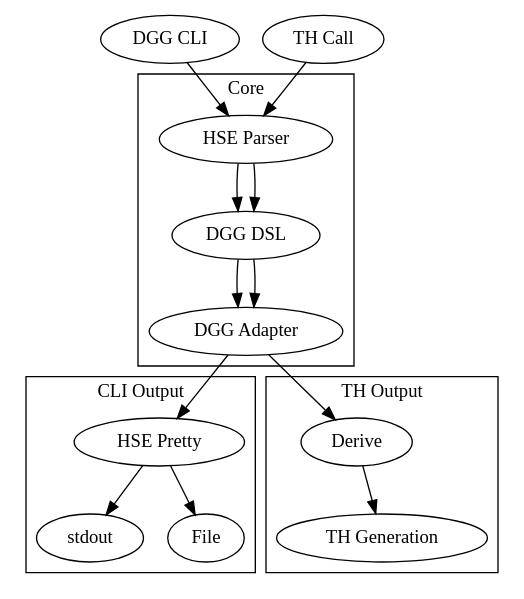
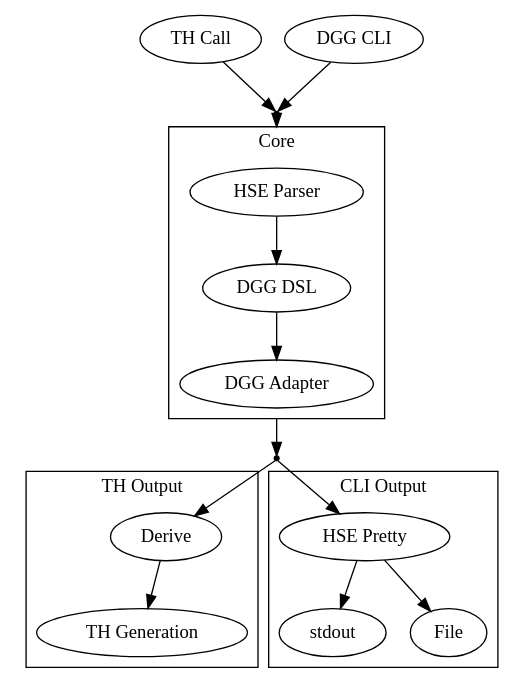
Before and after one commit to norm2782/DGG: the diagram in docs/dgg.dot, drawn with Graphviz.

Commit message:
Tweak dot file to increase understandability

```diff
--- a/docs/dgg.dot
+++ b/docs/dgg.dot
@@ -1,24 +1,30 @@
 digraph G {
-    "DGG CLI" -> "HSE Parser";
-    "TH Call" -> "HSE Parser";
-    
+    compound=true;
+
+    " " [shape=point] 
+    "TH Call" -> " " 
+    "DGG CLI" -> " "
+    " " -> "HSE Parser" [lhead=cluster0];
+
     subgraph cluster0 {
         label = "Core";
         "HSE Parser" -> "DGG DSL";
-        "HSE Parser" -> "DGG DSL";
-        "DGG DSL" -> "DGG Adapter";
         "DGG DSL" -> "DGG Adapter";
     }
+    
+    "  " [shape=point]
+    "DGG Adapter" -> "  " [ltail=cluster0];
+    "  " -> Derive;
+    "  " -> "HSE Pretty";
 
     subgraph cluster1 {
         label = "CLI Output"
-        "DGG Adapter" -> "HSE Pretty";
         "HSE Pretty" -> stdout;
         "HSE Pretty" -> File;
     }
 
     subgraph cluster2 {
         label = "TH Output"
-        "DGG Adapter" -> Derive -> "TH Generation";
+        Derive -> "TH Generation";
     }
 }
```
